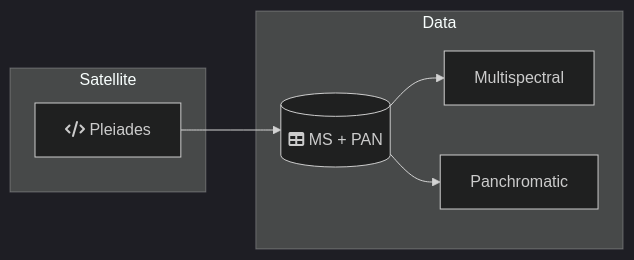
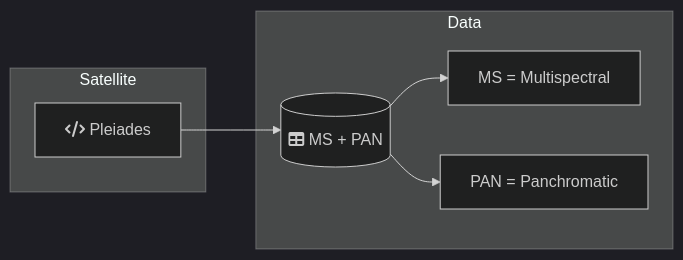
Before and after one commit to DippoldEJ/Satellite-Datasets: the third of 3 diagrams in README.md, drawn with Mermaid (dark theme). The commit also changed other lines of this file, not shown here.

````diff
--- a/README.md
+++ b/README.md
@@ -62,18 +45,18 @@
 ```mermaid
 flowchart LR;
 
 subgraph Satellite
     s[fa:fa-code Pleiades]
     end
 
  subgraph Data
         db[(fa:fa-table MS + PAN)]
-        m[Multispectral]
-        p[Panchromatic]
+        m[MS = Multispectral]
+        p[PAN = Panchromatic]
     end
 
     s-->db
     db-->m
     db-->p
 
 ```
````
